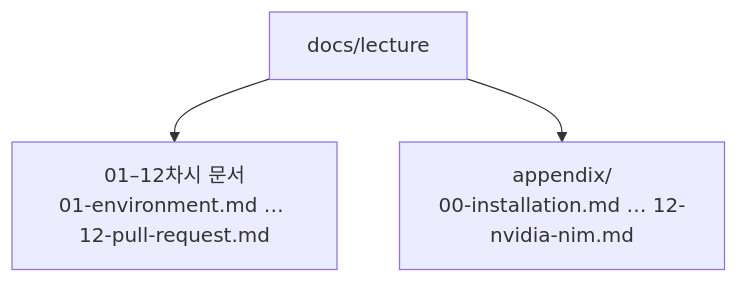
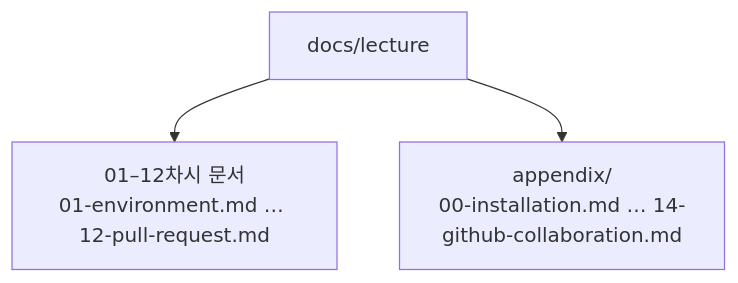
Before and after one commit to qus0in-factory/learn: the diagram in docs/lecture/index.md, drawn with Mermaid. The commit also changed other lines of this file and 34 other files, not shown here.

````diff
--- a/docs/lecture/index.md
+++ b/docs/lecture/index.md
@@ -80,5 +68,5 @@
 ```mermaid
 flowchart TD
     L["docs/lecture"] --> C["01–12차시 문서<br/>01-environment.md … 12-pull-request.md"]
-    L --> A["appendix/<br/>00-installation.md … 12-nvidia-nim.md"]
+    L --> A["appendix/<br/>00-installation.md … 14-github-collaboration.md"]
 ```
````
